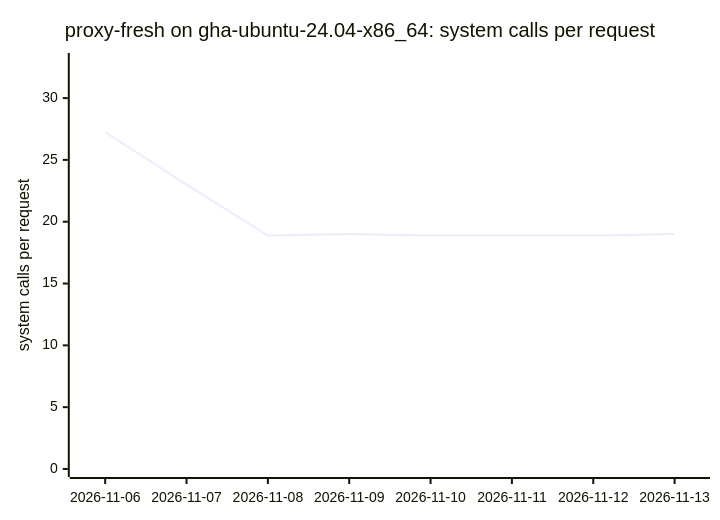
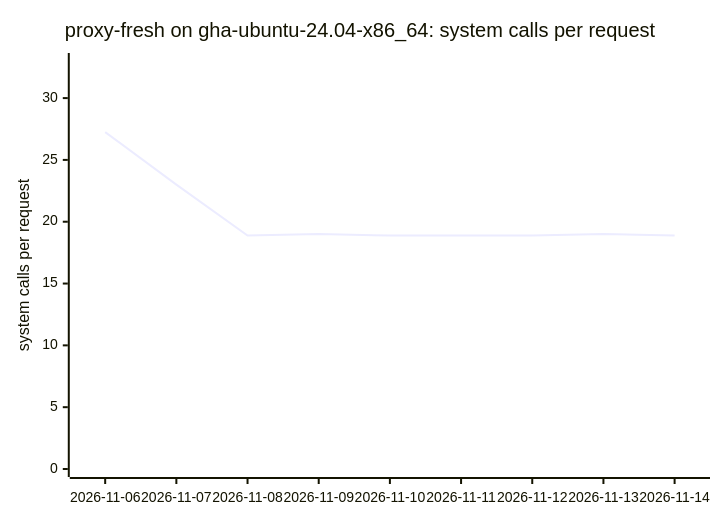
Before and after one commit to ThePixelPilgrim/durchlauferhitzer: diagram 14 of 18 in BENCHMARKS.md, drawn with Mermaid. The commit also changed other lines of this file and 1 other file, not shown here.

````diff
--- a/BENCHMARKS.md
+++ b/BENCHMARKS.md
@@ -158,7 +158,7 @@
 ```mermaid
 xychart-beta
   title "proxy-fresh on gha-ubuntu-24.04-x86_64: system calls per request"
-  x-axis ["2026-11-06", "2026-11-07", "2026-11-08", "2026-11-09", "2026-11-10", "2026-11-11", "2026-11-12", "2026-11-13"]
+  x-axis ["2026-11-06", "2026-11-07", "2026-11-08", "2026-11-09", "2026-11-10", "2026-11-11", "2026-11-12", "2026-11-13", "2026-11-14"]
   y-axis "system calls per request" 0 --> 33
-  line [27.25, 23.00, 18.88, 19.00, 18.88, 18.88, 18.88, 19.00]
+  line [27.25, 23.00, 18.88, 19.00, 18.88, 18.88, 18.88, 19.00, 18.88]
 ```
````
